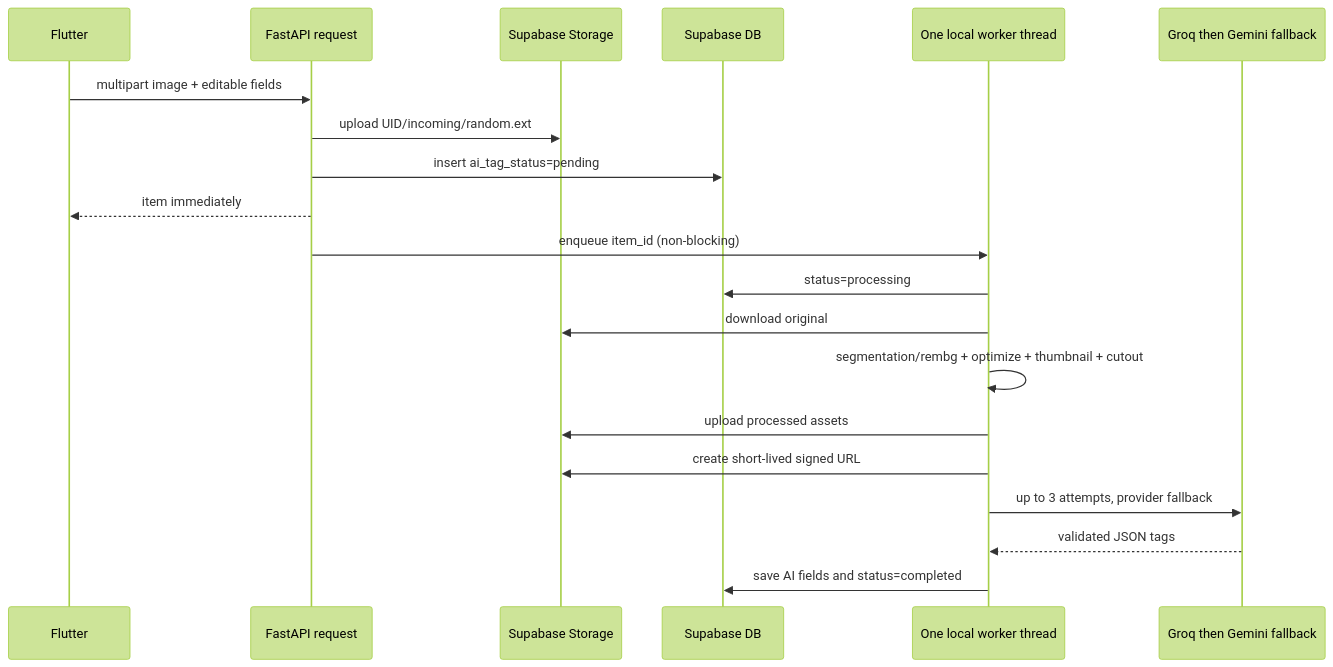
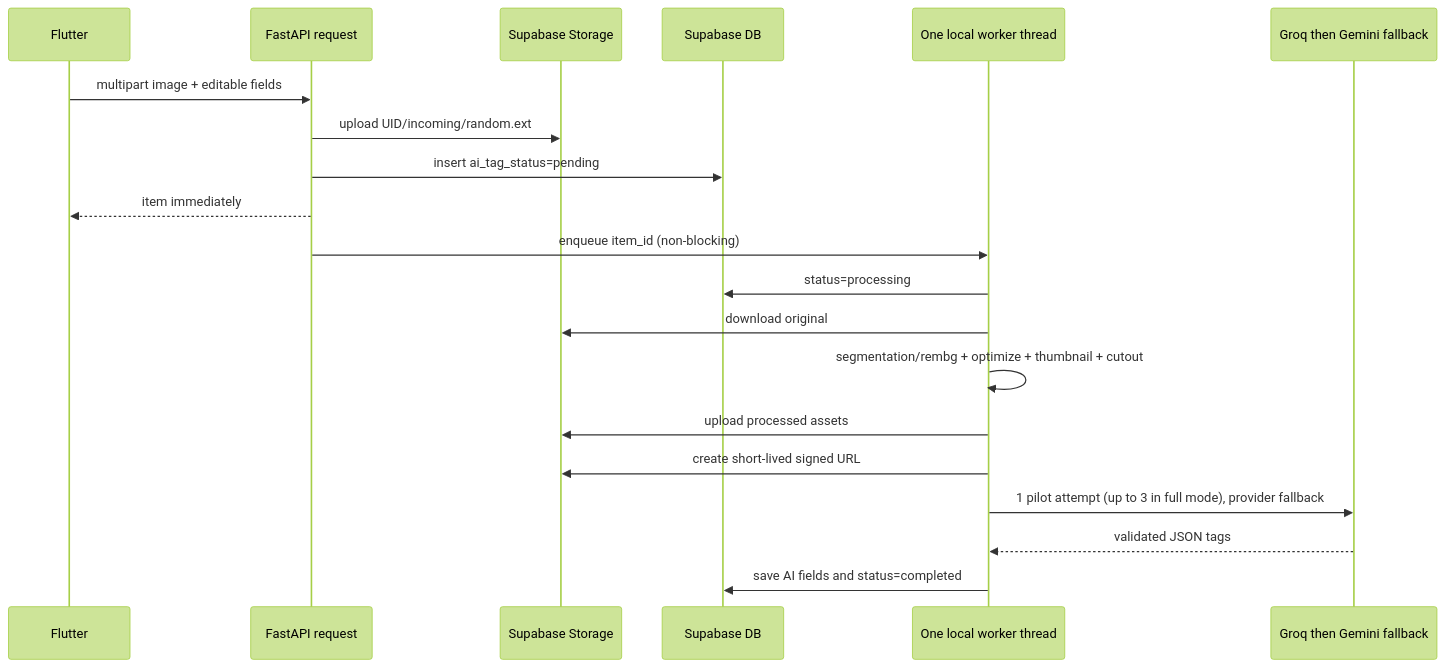
The sixth of 6 diagrams in FEATURES.md (Rounaknyk/StyleStack-be), drawn with Mermaid (forest theme) before and after one commit. The commit also changed other lines of this file, not shown here.

Commit message:
Document free pilot optimization roadmap

````diff
--- a/FEATURES.md
+++ b/FEATURES.md
@@ -626,22 +629,22 @@
 ```mermaid
 sequenceDiagram
     participant App as Flutter
     participant API as FastAPI request
     participant Store as Supabase Storage
     participant DB as Supabase DB
     participant Worker as One local worker thread
     participant AI as Groq then Gemini fallback
     App->>API: multipart image + editable fields
     API->>Store: upload UID/incoming/random.ext
     API->>DB: insert ai_tag_status=pending
     API-->>App: item immediately
     API->>Worker: enqueue item_id (non-blocking)
     Worker->>DB: status=processing
     Worker->>Store: download original
     Worker->>Worker: segmentation/rembg + optimize + thumbnail + cutout
     Worker->>Store: upload processed assets
     Worker->>Store: create short-lived signed URL
-    Worker->>AI: up to 3 attempts, provider fallback
+    Worker->>AI: 1 pilot attempt (up to 3 in full mode), provider fallback
     AI-->>Worker: validated JSON tags
     Worker->>DB: save AI fields and status=completed
 ```
````
